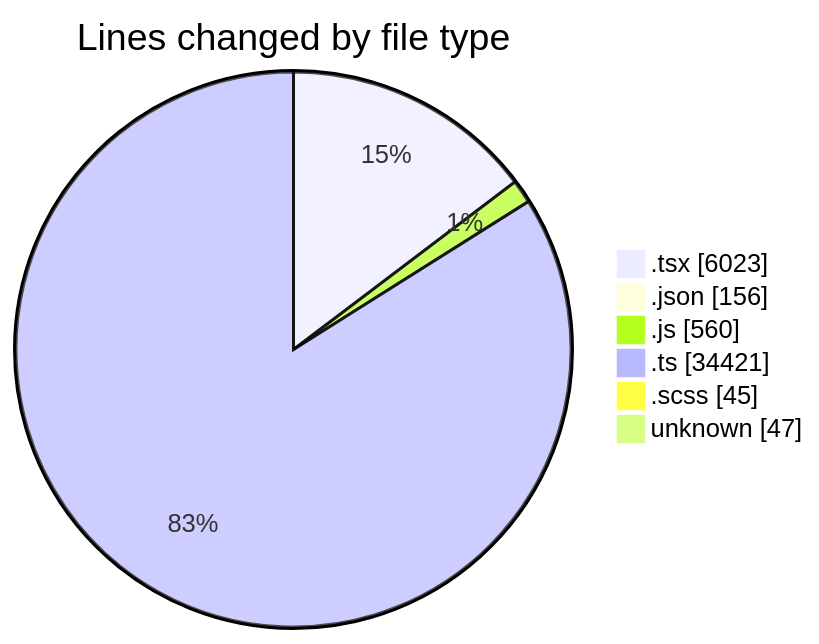
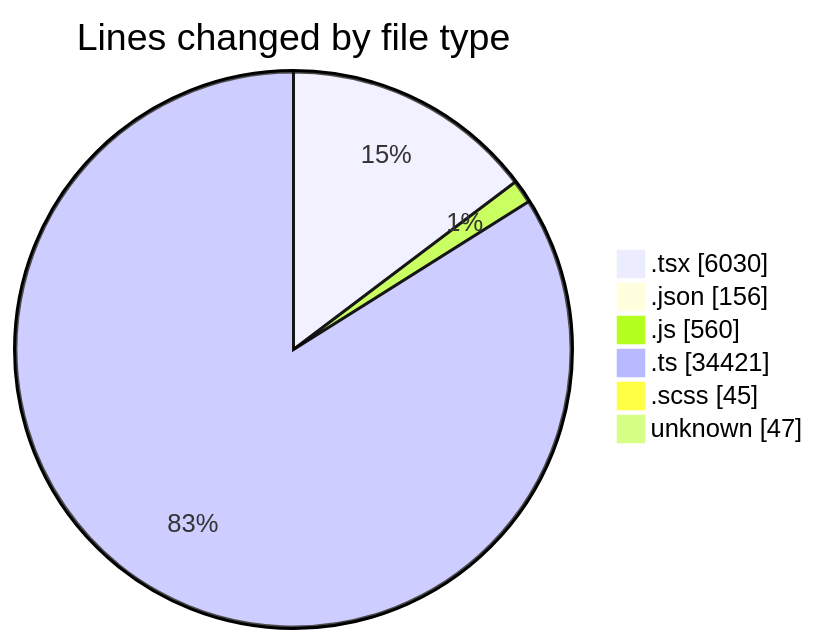
The first of 2 diagrams in 2025-11-10/cda/README.md (momahboobian/code-tracking), drawn with Mermaid before and after one commit. The commit also changed other lines of this file and 1 other file, not shown here.

````diff
--- a/2025-11-10/cda/README.md
+++ b/2025-11-10/cda/README.md
@@ -48,10 +48,10 @@
 ```mermaid
 pie showData
 title Lines changed by file type
-".tsx" : 6023
+".tsx" : 6030
 ".json" : 156
 ".js" : 560
 ".ts" : 34421
 ".scss" : 45
 "unknown" : 47
 ```
````
